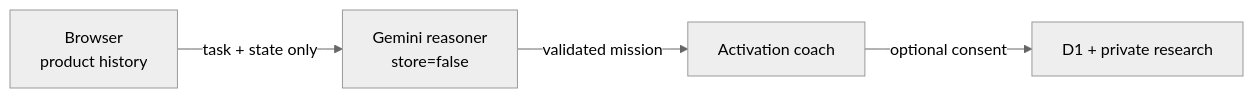
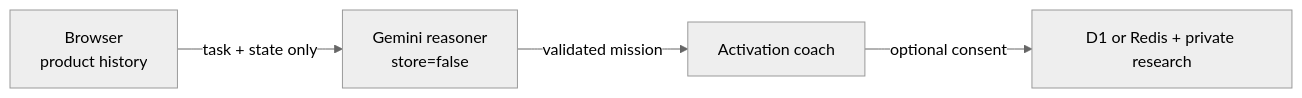
The second of 2 diagrams in README.md (Cyberchopin/startnow-2), drawn with Mermaid (neutral theme) before and after one commit. The commit also changed other lines of this file, not shown here.

Commit message:
Harden production research flow: update README.md

````diff
--- a/README.md
+++ b/README.md
@@ -99,6 +99,6 @@
 ```mermaid
 flowchart LR
   A["Browser\nproduct history"] -->|"task + state only"| B["Gemini reasoner\nstore=false"]
   B -->|"validated mission"| C["Activation coach"]
-  C -->|"optional consent"| D["D1 + private research"]
+  C -->|"optional consent"| D["D1 or Redis + private research"]
 ```
````
